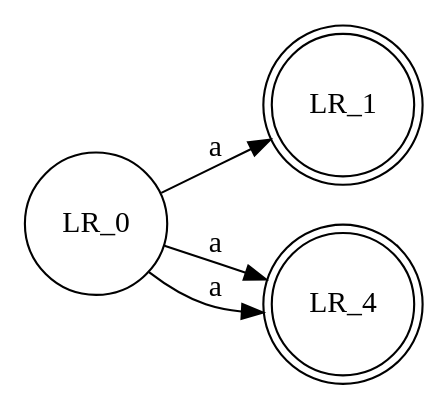
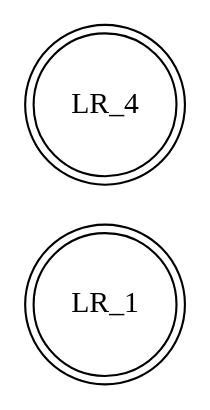
The diagram in graph_test.dot (Yarhi/Tl2017), drawn with Graphviz before and after one commit. The commit also changed 3 other files, not shown here.

```diff
--- a/graph_test.dot
+++ b/graph_test.dot
@@ -1,9 +1,6 @@
 digraph finite_state_machine {
 	rankdir=LR;
 	size="8,5"
 	node [shape = doublecircle]; LR_1 LR_4 ;
 	node [shape = circle];
-	LR_0 -> LR_1 [ label = "a" ];
-	LR_0 -> LR_4 [ label = "a" ];
-	LR_0 -> LR_4 [ label = "a" ];
 }
```
